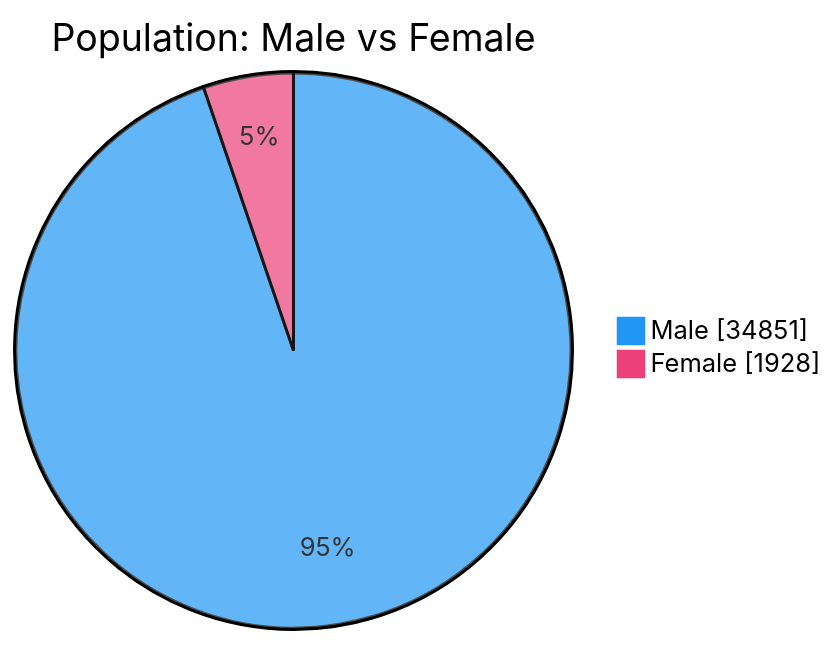
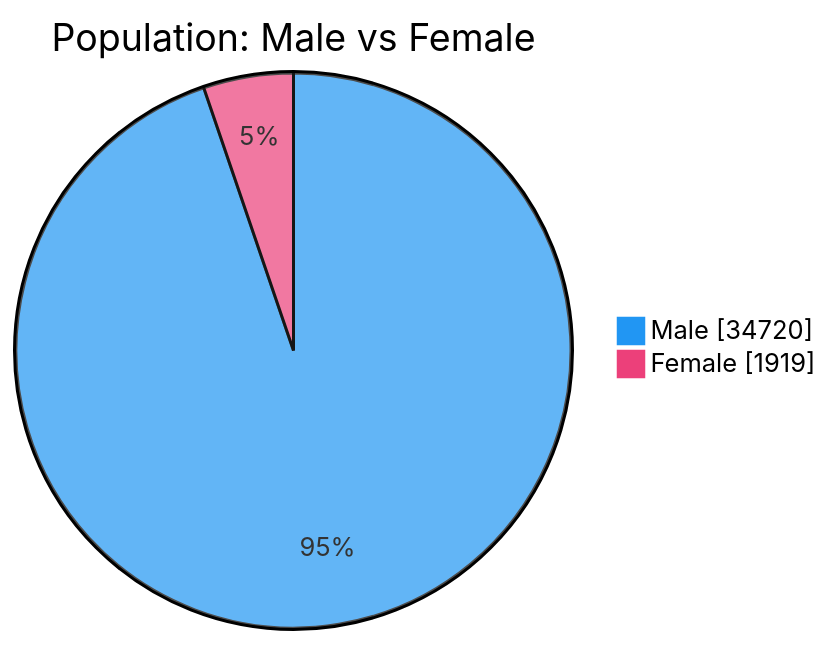
One commit to nuuuwan/lk_prisons changed the second of 7 diagrams in README.md. Above: the diagram before and after it, drawn with Mermaid. The commit also changed other lines of this file and 1 other file, not shown here.

````diff
--- a/README.md
+++ b/README.md
@@ -54,6 +54,6 @@
 ```mermaid
 %%{init: {'themeVariables': {'pie1': '#2196F3', 'pie2': '#EC407A'}}}%%
 pie showData title Population: Male vs Female
-    "Male" : 34851
-    "Female" : 1928
+    "Male" : 34720
+    "Female" : 1919
 ```
````
